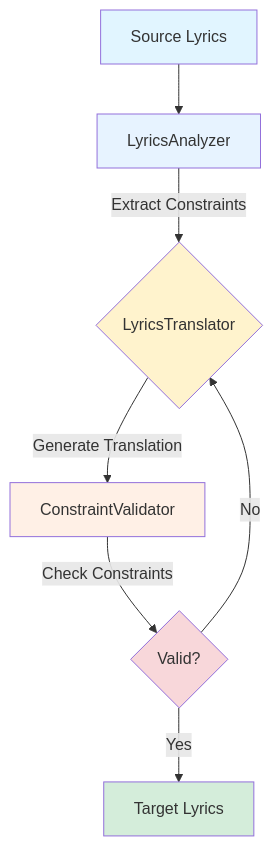
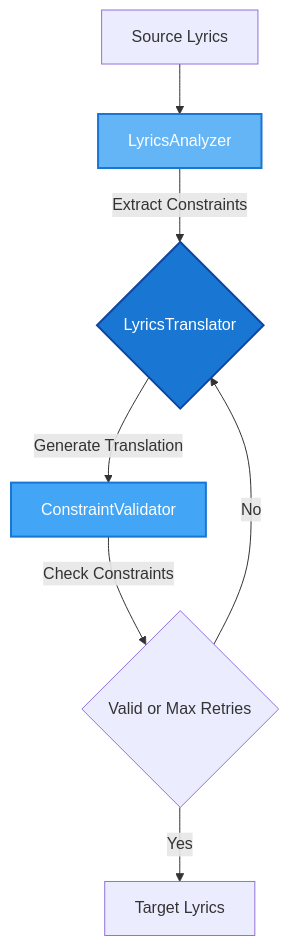
One commit to guan404ming/blt changed the diagram in README.md. Above: the diagram before and after it, drawn with Mermaid. The commit also changed other lines of this file, not shown here.

Commit message:
Update flow chart style

````diff
--- a/README.md
+++ b/README.md
@@ -50,19 +43,13 @@
 ```mermaid
 flowchart TD
     A[Source Lyrics] --> B[LyricsAnalyzer]
     B --> |Extract Constraints| C{LyricsTranslator}
     C --> |Generate Translation| D[ConstraintValidator]
-    D --> |Check Constraints| E{Valid?}
+    D --> |Check Constraints| E{Valid or Max Retries}
     E --> |No| C
     E --> |Yes| F[Target Lyrics]
 
-    style A fill:#e1f5ff
-    style F fill:#d4edda
-    style C fill:#fff3cd
-    style E fill:#f8d7da
-
-    classDef analyzer fill:#e7f3ff
-    classDef validator fill:#fff0e6
-    class B analyzer
-    class D validator
+    style B fill:#64b5f6,stroke:#1976d2,stroke-width:2px,color:#fff
+    style C fill:#1976d2,stroke:#0d47a1,stroke-width:2px,color:#fff
+    style D fill:#42a5f5,stroke:#1976d2,stroke-width:2px,color:#fff
 ```
````
